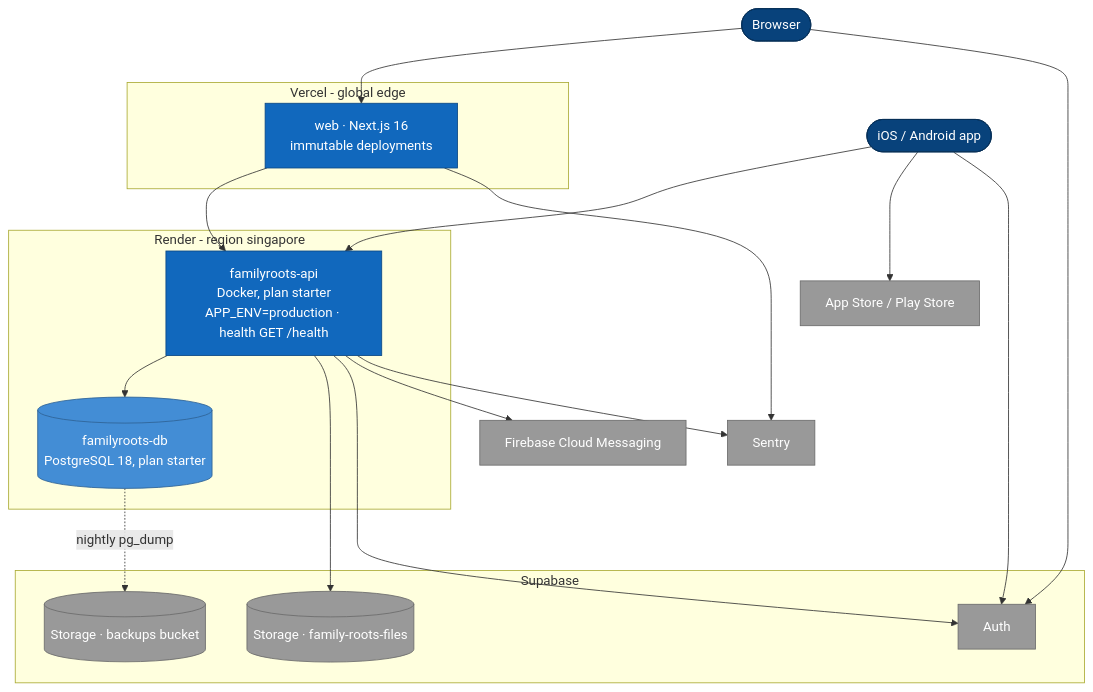
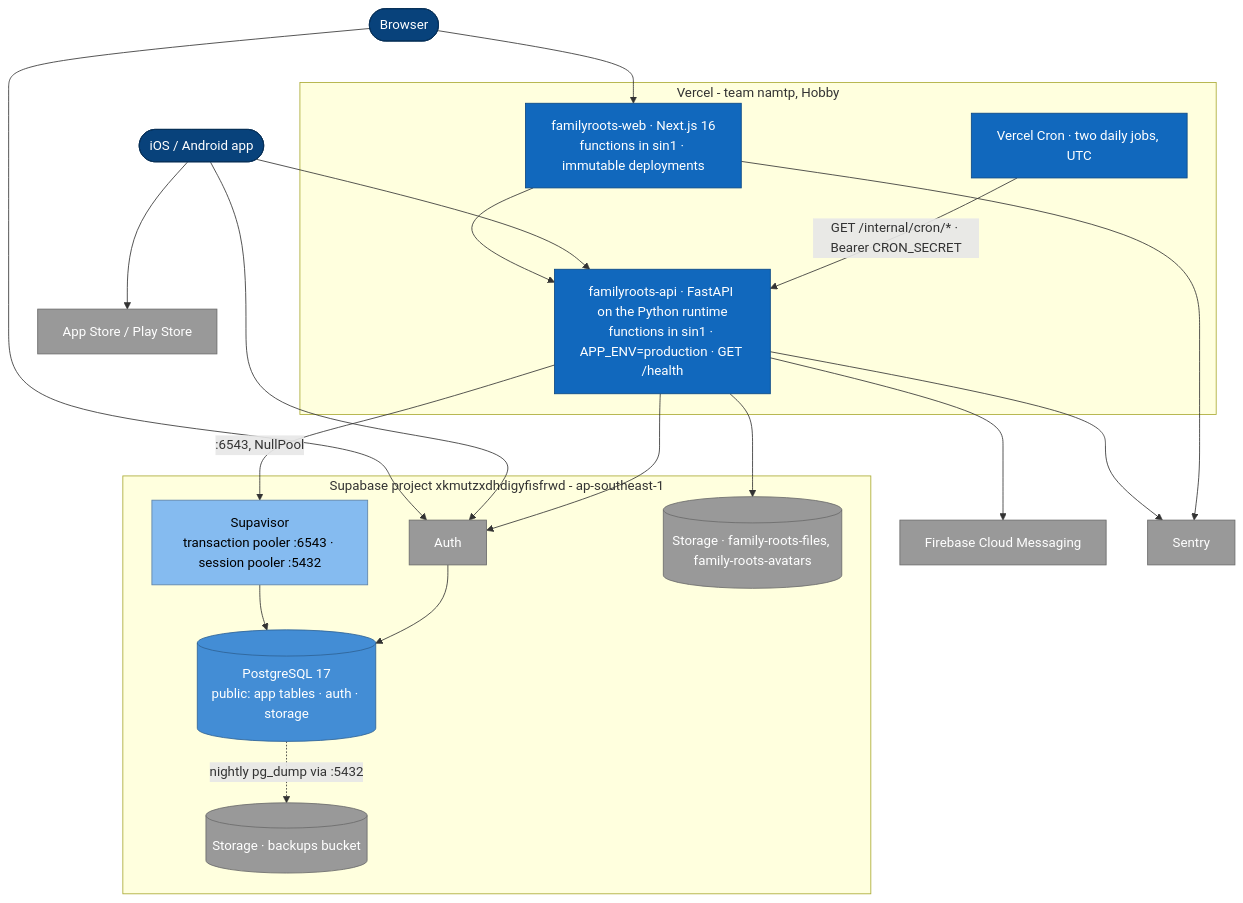
The first of 3 diagrams in docs/sad/07-deployment-view.md (namphuongtran/familyroots), drawn with Mermaid before and after one commit. The commit also changed other lines of this file and 15 other files, not shown here.

First line of the commit message:
chore(infra): deploy backend and web to Vercel, migrate in CI, and retire Render (#252)

````diff
--- a/docs/sad/07-deployment-view.md
+++ b/docs/sad/07-deployment-view.md
@@ -5,43 +8,46 @@
 ```mermaid
 graph TB
   browser([Browser]):::person
   device([iOS / Android app]):::person
 
-  subgraph vercel[Vercel - global edge]
-    web[web · Next.js 16<br/>immutable deployments]:::host
+  subgraph vercel[Vercel - team namtp, Hobby]
+    web[familyroots-web · Next.js 16<br/>functions in sin1 · immutable deployments]:::host
+    api[familyroots-api · FastAPI on the Python runtime<br/>functions in sin1 · APP_ENV=production · GET /health]:::host
+    vcron[Vercel Cron · two daily jobs, UTC]:::host
   end
 
-  subgraph render[Render - region singapore]
-    api[familyroots-api<br/>Docker, plan starter<br/>APP_ENV=production · health GET /health]:::host
-    pg[(familyroots-db<br/>PostgreSQL 18, plan starter)]:::store
-  end
-
-  subgraph supabase[Supabase]
+  subgraph supabase[Supabase project xkmutzxdhdigyfisfrwd - ap-southeast-1]
+    pooler[Supavisor<br/>transaction pooler :6543 · session pooler :5432]:::comp
+    pg[(PostgreSQL 17<br/>public: app tables · auth · storage)]:::store
     sauth[Auth]:::ext
-    sstor[(Storage · family-roots-files)]:::ext
+    sstor[(Storage · family-roots-files, family-roots-avatars)]:::ext
     sbk[(Storage · backups bucket)]:::ext
   end
 
   fcm[Firebase Cloud Messaging]:::ext
   sentry[Sentry]:::ext
   stores[App Store / Play Store]:::ext
 
   browser --> web
   web --> api
   device --> api
   device --> stores
   browser --> sauth
   device --> sauth
-  api --> pg
+  vcron -->|GET /internal/cron/* · Bearer CRON_SECRET| api
+  api -->|:6543, NullPool| pooler
+  pooler --> pg
+  sauth --> pg
   api --> sstor
   api --> sauth
   api --> fcm
   api --> sentry
   web --> sentry
-  pg -.->|nightly pg_dump| sbk
+  pg -.->|nightly pg_dump via :5432| sbk
 
   classDef person fill:#08427b,stroke:#052e56,color:#ffffff
   classDef host fill:#1168bd,stroke:#0b4884,color:#ffffff
+  classDef comp fill:#85bbf0,stroke:#5d82a8,color:#000000
   classDef store fill:#438dd5,stroke:#2e6295,color:#ffffff
   classDef ext fill:#999999,stroke:#6b6b6b,color:#ffffff
 ```
````
